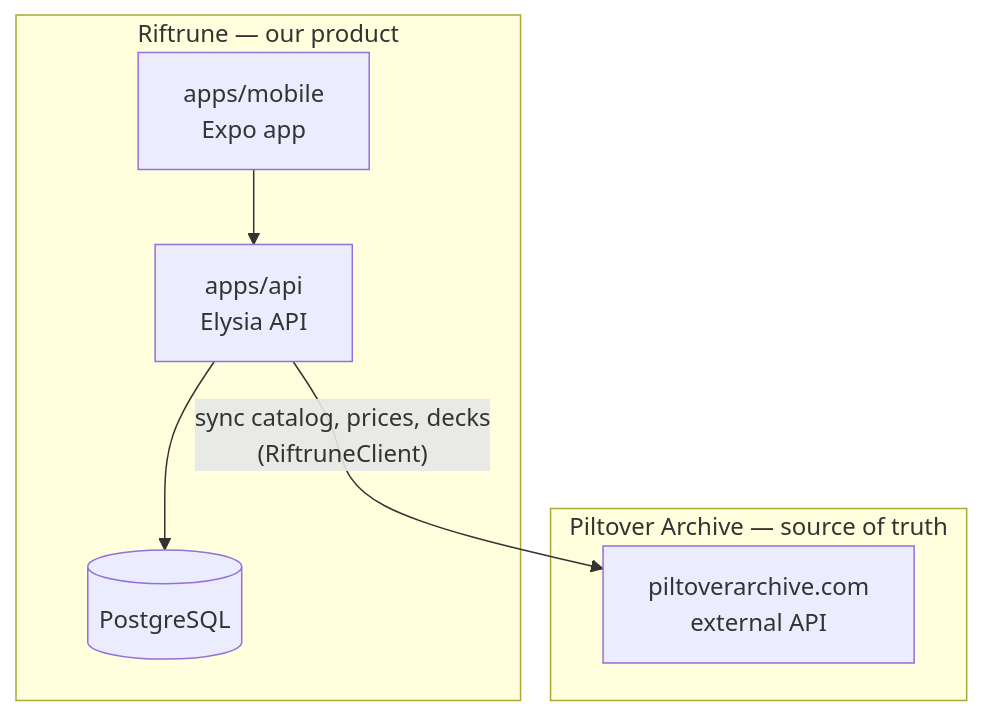
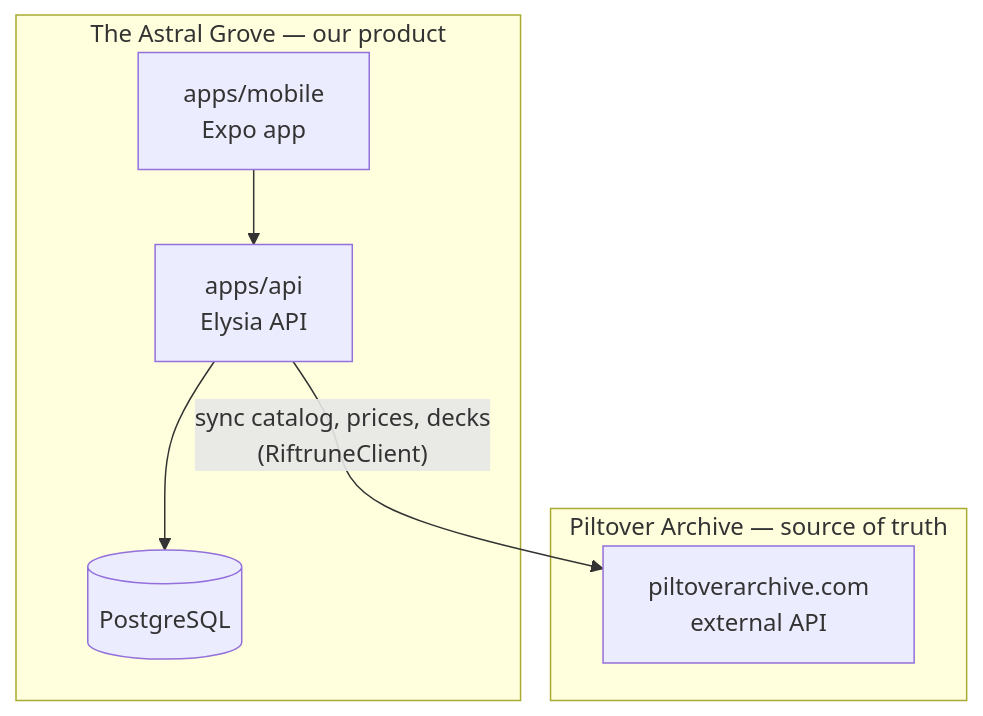
Before and after one commit to IIRoan/riftrune: the first of 2 diagrams in AGENTS.md, drawn with Mermaid. The commit also changed other lines of this file and 47 other files, not shown here.

````diff
--- a/AGENTS.md
+++ b/AGENTS.md
@@ -49,15 +49,15 @@
 ```mermaid
 flowchart TB
-  subgraph riftrune [Riftrune — our product]
+  subgraph astralGrove [The Astral Grove — our product]
     Mobile["apps/mobile\nExpo app"]
     API["apps/api\nElysia API"]
     DB[(PostgreSQL)]
     Mobile --> API --> DB
   end
 
   subgraph upstream [Piltover Archive — source of truth]
     PA["piltoverarchive.com\nexternal API"]
   end
 
   API -->|"sync catalog, prices, decks\n(RiftruneClient)"| PA
 ```
````
